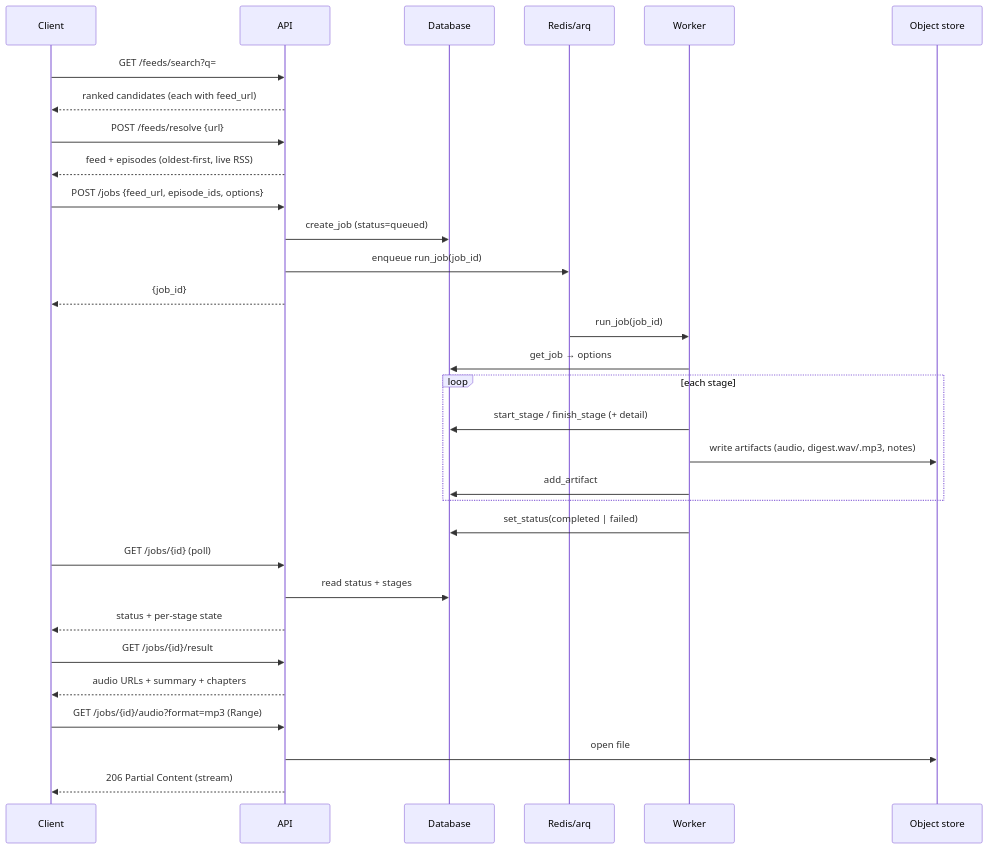
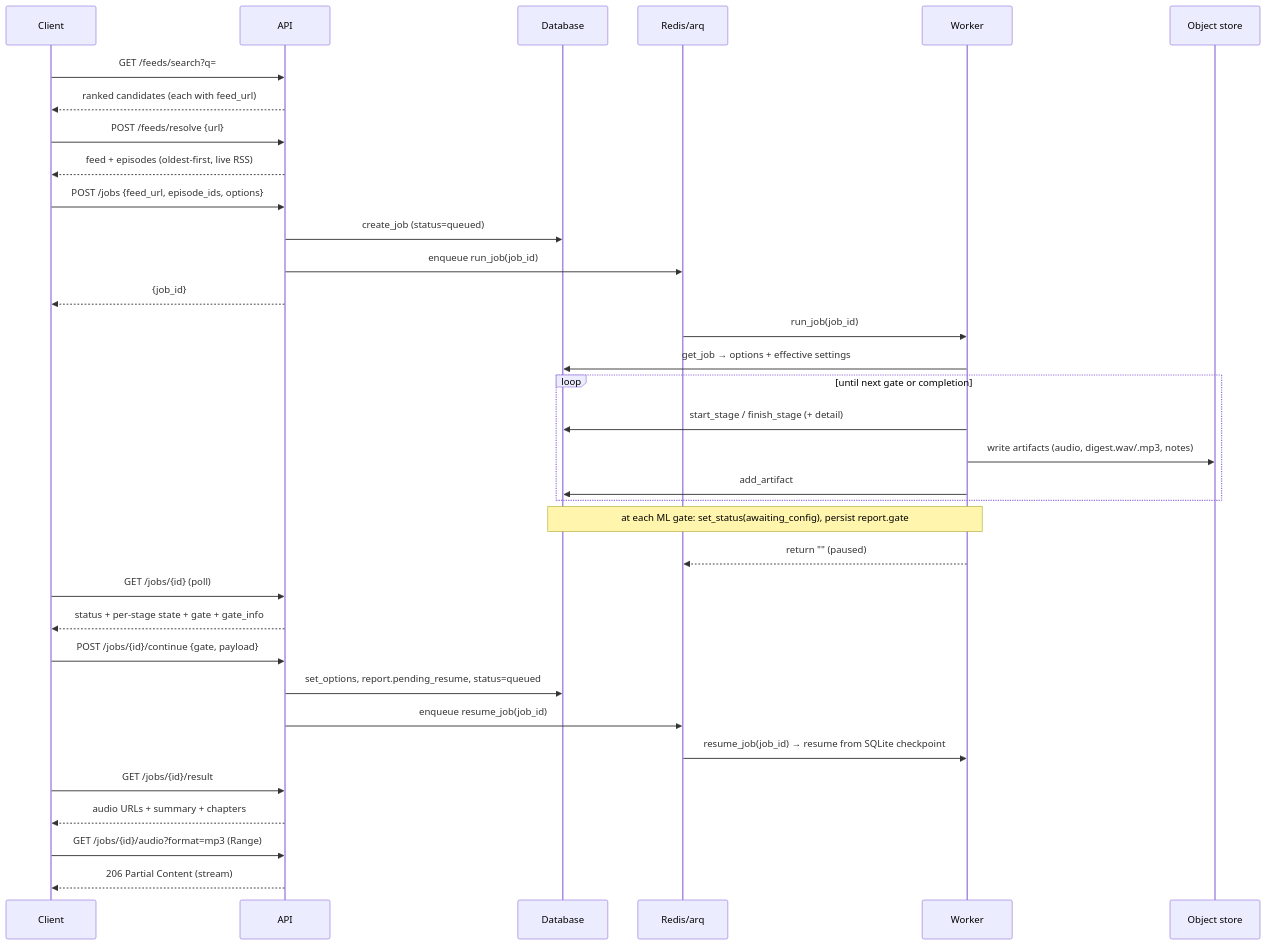
The second of 3 diagrams in docs/architecture.md (behradkhodayar/repodify), drawn with Mermaid before and after one commit. The commit also changed other lines of this file, not shown here.

First line of the commit message:
Refresh architecture reference to the current system

````diff
--- a/docs/architecture.md
+++ b/docs/architecture.md
@@ -81,36 +94,40 @@
 ```mermaid
 sequenceDiagram
     participant C as Client
     participant A as API
     participant DB as Database
     participant Q as Redis/arq
     participant W as Worker
     participant FS as Object store
 
     C->>A: GET /feeds/search?q=
     A-->>C: ranked candidates (each with feed_url)
     C->>A: POST /feeds/resolve {url}
     A-->>C: feed + episodes (oldest-first, live RSS)
     C->>A: POST /jobs {feed_url, episode_ids, options}
     A->>DB: create_job (status=queued)
     A->>Q: enqueue run_job(job_id)
     A-->>C: {job_id}
 
     Q->>W: run_job(job_id)
-    W->>DB: get_job → options
-    loop each stage
+    W->>DB: get_job → options + effective settings
+    loop until next gate or completion
         W->>DB: start_stage / finish_stage (+ detail)
         W->>FS: write artifacts (audio, digest.wav/.mp3, notes)
         W->>DB: add_artifact
     end
-    W->>DB: set_status(completed | failed)
+    Note over W,DB: at each ML gate: set_status(awaiting_config), persist report.gate
+    W-->>Q: return "" (paused)
 
     C->>A: GET /jobs/{id} (poll)
-    A->>DB: read status + stages
-    A-->>C: status + per-stage state
+    A-->>C: status + per-stage state + gate + gate_info
+    C->>A: POST /jobs/{id}/continue {gate, payload}
+    A->>DB: set_options, report.pending_resume, status=queued
+    A->>Q: enqueue resume_job(job_id)
+    Q->>W: resume_job(job_id) → resume from SQLite checkpoint
+
     C->>A: GET /jobs/{id}/result
     A-->>C: audio URLs + summary + chapters
     C->>A: GET /jobs/{id}/audio?format=mp3 (Range)
-    A->>FS: open file
     A-->>C: 206 Partial Content (stream)
 ```
````
